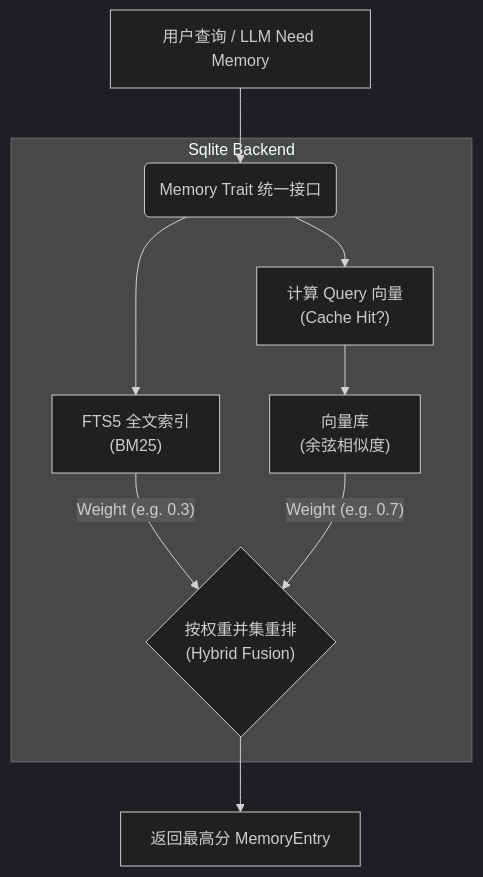
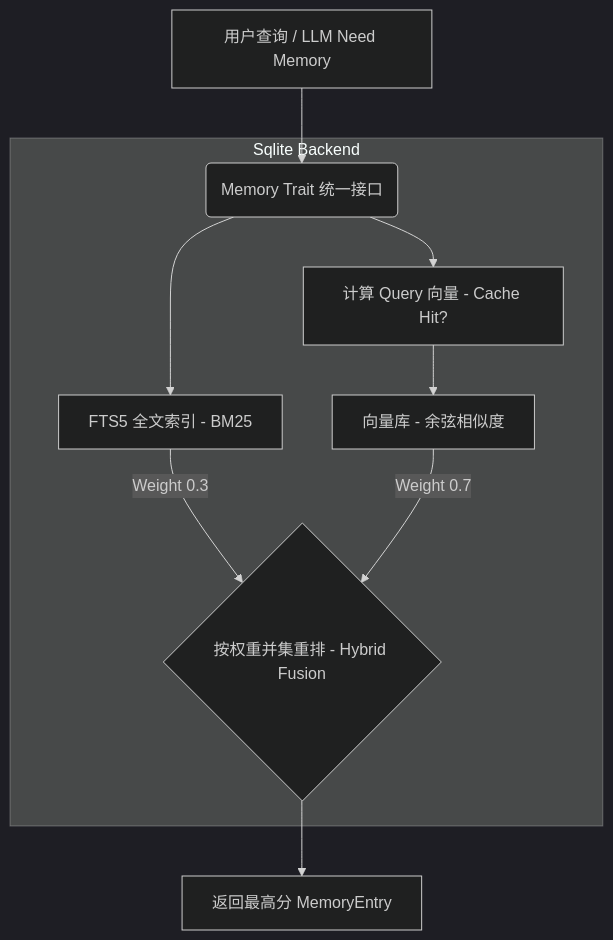
One commit to fannnzhang/zeroclaw-source-book changed the diagram in src/06_memory_and_rag.md. Above: the diagram before and after it, drawn with Mermaid (dark theme). The commit also changed 5 other files, not shown here.

Commit message:
fix: correct Mermaid diagram syntax and chapter numbering in all docs

````diff
--- a/src/06_memory_and_rag.md
+++ b/src/06_memory_and_rag.md
@@ -46,15 +46,15 @@
 ```mermaid
 graph TD
-    UserQuery["用户查询 / LLM Need Memory"] --> MemoryFacade(Memory Trait 统一接口)
+    UserQuery["用户查询 / LLM Need Memory"] --> MemoryFacade("Memory Trait 统一接口")
     
-    subgraph Sqlite Backend
-        MemoryFacade --> FTS5["FTS5 全文索引<br/>(BM25)"]
-        MemoryFacade --> Embedding["计算 Query 向量<br/>(Cache Hit?)"]
-        Embedding --> VectorSearch["向量库<br/>(余弦相似度)"]
+    subgraph sqlite_backend["Sqlite Backend"]
+        MemoryFacade --> FTS5["FTS5 全文索引 - BM25"]
+        MemoryFacade --> Embedding["计算 Query 向量 - Cache Hit?"]
+        Embedding --> VectorSearch["向量库 - 余弦相似度"]
         
-        FTS5 --"Weight (e.g. 0.3)"--> HybridMerge
-        VectorSearch --"Weight (e.g. 0.7)"--> HybridMerge
+        FTS5 --"Weight 0.3"--> HybridMerge
+        VectorSearch --"Weight 0.7"--> HybridMerge
     end
     
-    HybridMerge{"按权重并集重排<br/>(Hybrid Fusion)"} --> TopK["返回最高分 MemoryEntry"]
+    HybridMerge{"按权重并集重排 - Hybrid Fusion"} --> TopK["返回最高分 MemoryEntry"]
 ```
````
